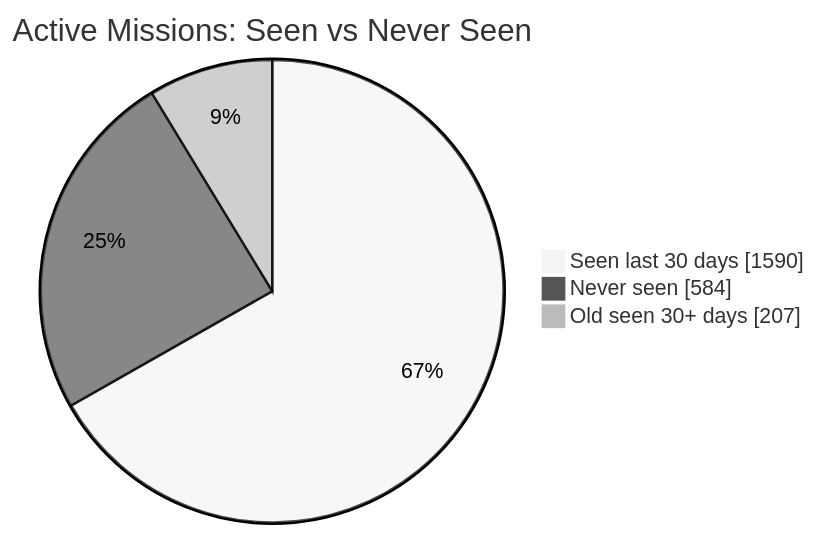
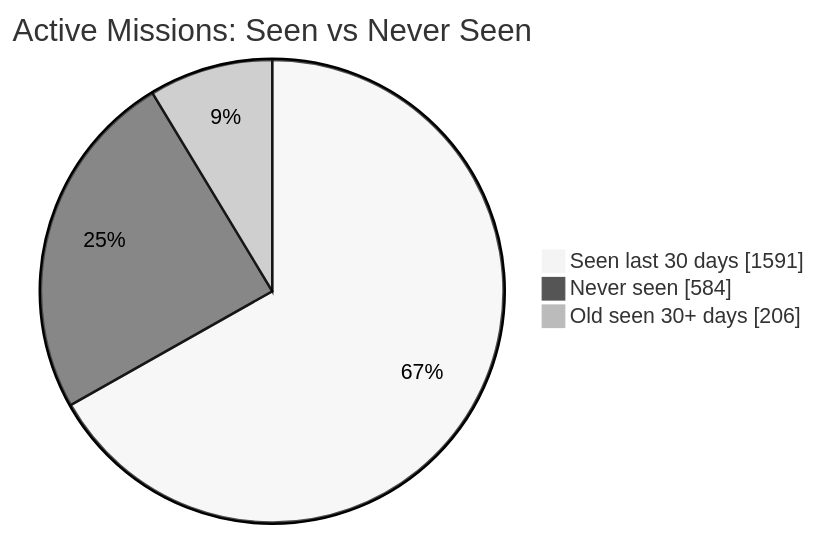
One commit to MeldkamerspelGameTeam/active-missions changed the first of 2 diagrams in README.md. Above: the diagram before and after it, drawn with Mermaid (neutral theme). The commit also changed other lines of this file and 2 other files, not shown here.

````diff
--- a/README.md
+++ b/README.md
@@ -34,7 +34,7 @@
 ```mermaid
 pie showData
     title Active Missions: Seen vs Never Seen
-    "Seen last 30 days" : 1590
+    "Seen last 30 days" : 1591
     "Never seen" : 584
-    "Old seen 30+ days" : 207
+    "Old seen 30+ days" : 206
 ```
````
